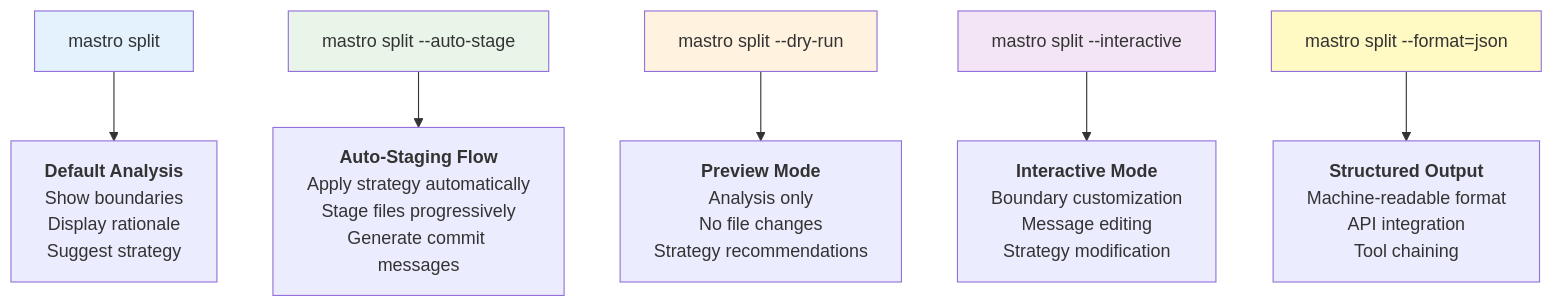
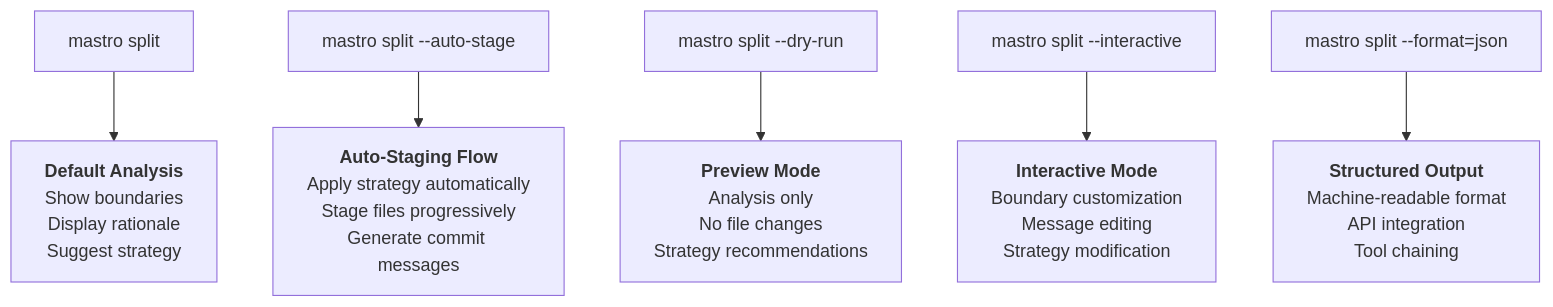
One commit to geogoesbeepboop/mastro changed the fifth of 7 diagrams in docs/diagrams/mastro-split-flow.md. Above: the diagram before and after it, drawn with Mermaid. The commit also changed other lines of this file and 5 other files, not shown here.

First line of the commit message:
docs: update analytics and flow diagrams for clarity

````diff
--- a/docs/diagrams/mastro-split-flow.md
+++ b/docs/diagrams/mastro-split-flow.md
@@ -216,33 +224,35 @@
 ```mermaid
+
 graph TD
     CMD["`mastro split`"] --> DA["`**Default Analysis**
     Show boundaries
     Display rationale
     Suggest strategy`"]
     
     AS["`mastro split --auto-stage`"] --> ASF["`**Auto-Staging Flow**
     Apply strategy automatically
     Stage files progressively
     Generate commit messages`"]
     
     DR["`mastro split --dry-run`"] --> DRF["`**Preview Mode**
     Analysis only
     No file changes
     Strategy recommendations`"]
     
     INT["`mastro split --interactive`"] --> INTF["`**Interactive Mode**
     Boundary customization
     Message editing
     Strategy modification`"]
     
     JSON["`mastro split --format=json`"] --> JSONF["`**Structured Output**
     Machine-readable format
     API integration
     Tool chaining`"]
 
-    style CMD fill:#e3f2fd
-    style AS fill:#e8f5e8  
-    style DR fill:#fff3e0
-    style INT fill:#f3e5f5
-    style JSON fill:#fff9c4
+    style CMD fill:#e3f2fd color:#000000
+    style AS fill:#e8f5e8 color:#000000  
+    style DR fill:#fff3e0 color:#000000
+    style INT fill:#f3e5f5 color:#000000
+    style JSON fill:#fff9c4 color:#000000
+
 ```
````
